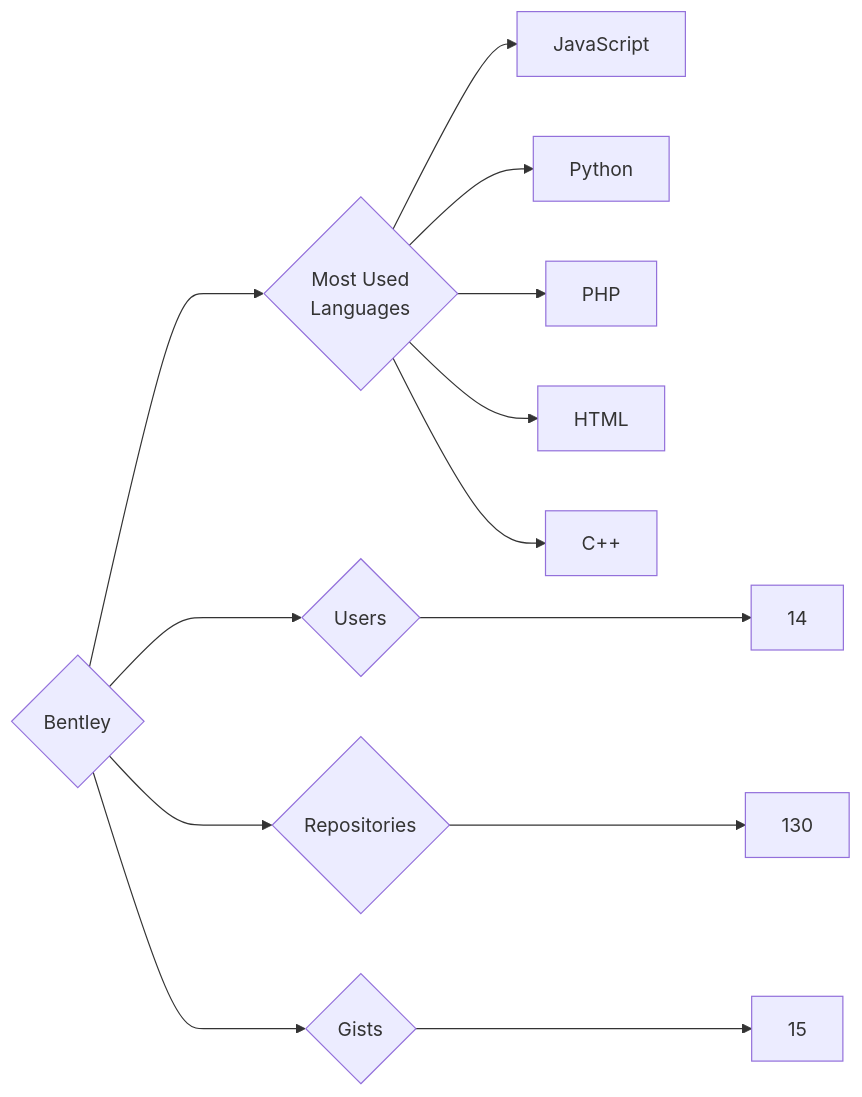
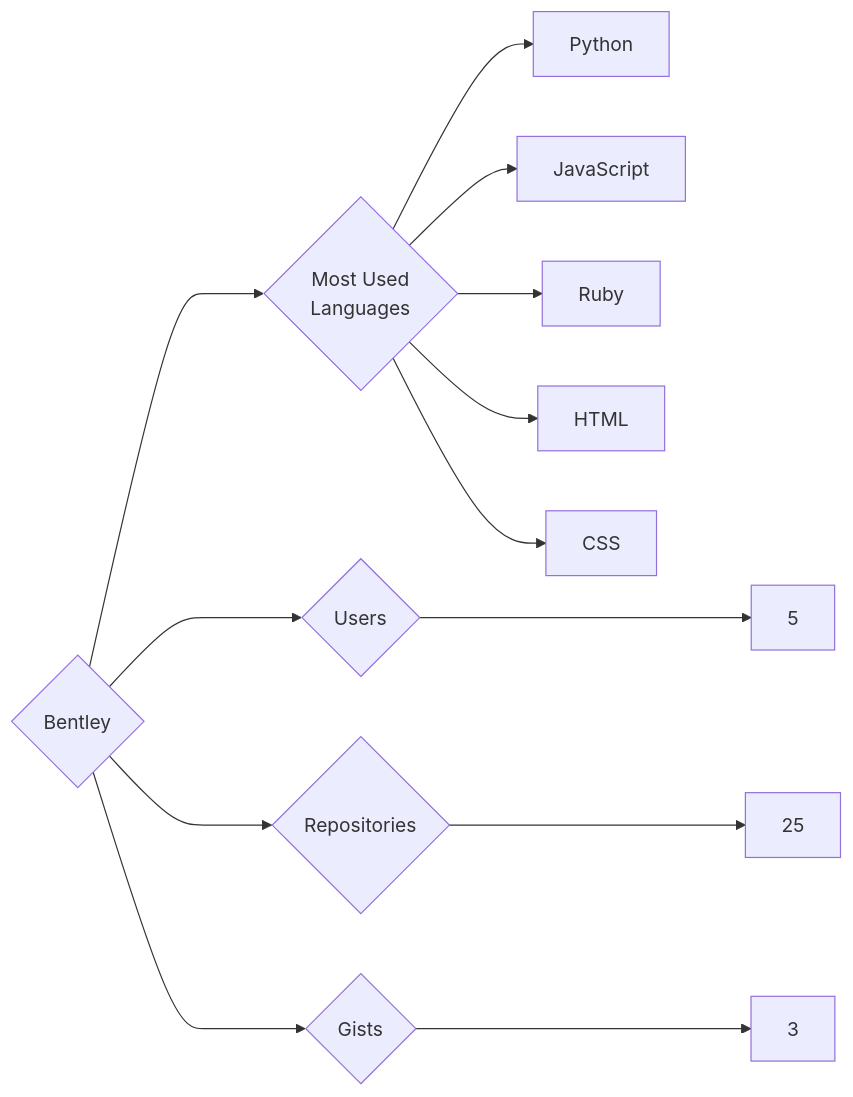
One commit to trickest/insiders changed the diagram in targets/Bentley/README.md. Above: the diagram before and after it, drawn with Mermaid. The commit also changed 965 other files, not shown here.

````diff
--- a/targets/Bentley/README.md
+++ b/targets/Bentley/README.md
@@ -3,13 +3,13 @@
 ```mermaid
 graph LR
 COMPANY_NAME{Bentley}
-COMPANY_NAME ---> U{Users} ---> UN[14]
-COMPANY_NAME ---> R{Repositories} ---> RN[130]
-COMPANY_NAME ---> G{Gists} ---> GN[15]
+COMPANY_NAME ---> U{Users} ---> UN[5]
+COMPANY_NAME ---> R{Repositories} ---> RN[25]
+COMPANY_NAME ---> G{Gists} ---> GN[3]
 COMPANY_NAME ---> ML{Most Used<br>Languages}
+ML --> Python[Python]
 ML --> JavaScript[JavaScript]
-ML --> Python[Python]
-ML --> PHP[PHP]
+ML --> Ruby[Ruby]
 ML --> HTML[HTML]
-ML --> C++[C++]
+ML --> CSS[CSS]
 ```
````
